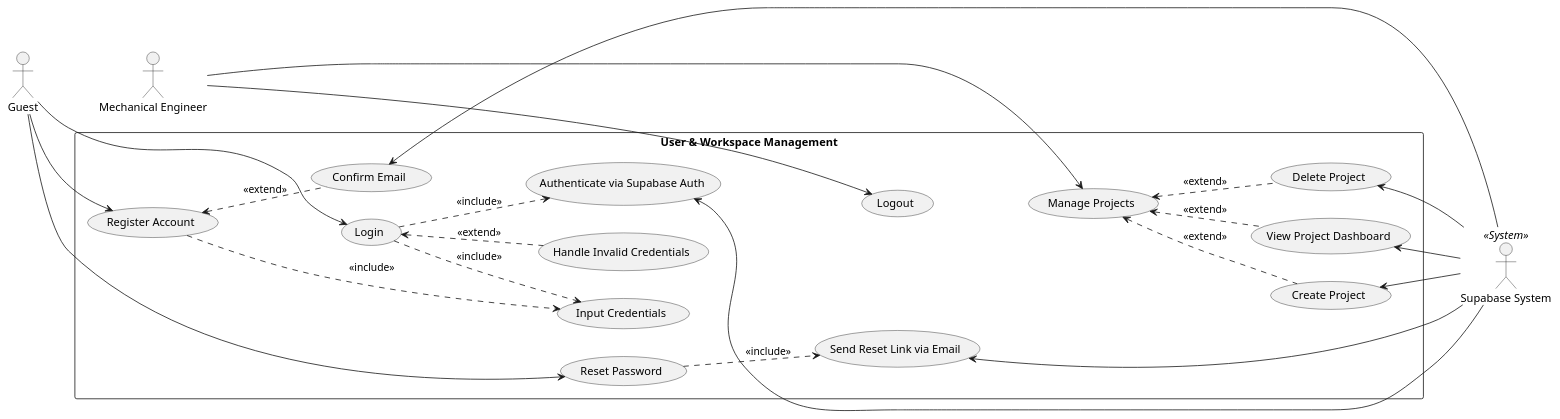
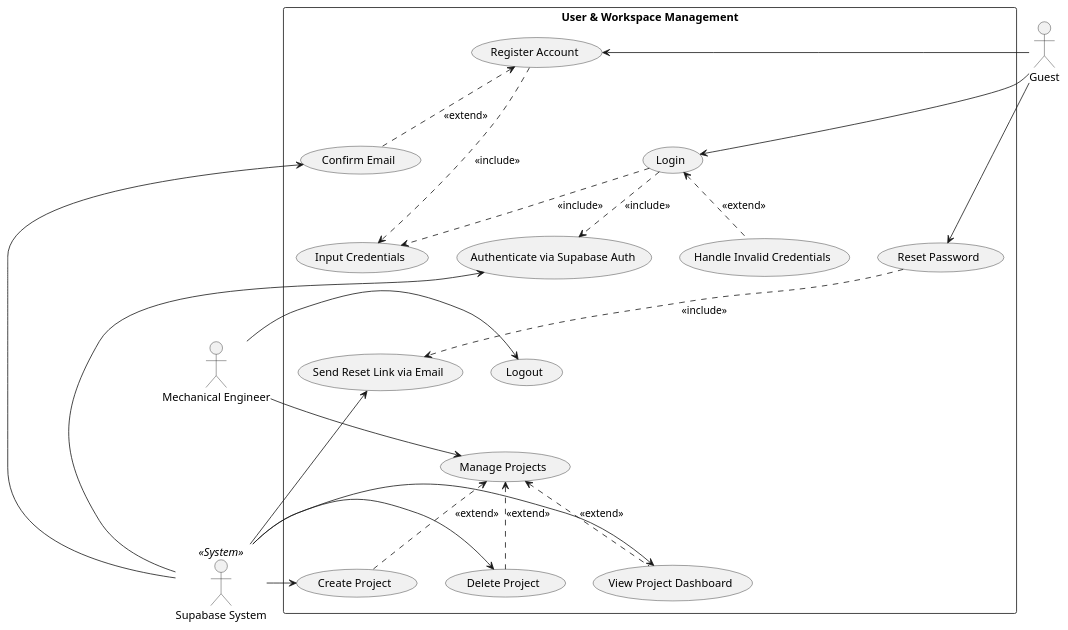
One commit to dvydinh/mechdrive changed the diagram in docs/uml/uc_user.puml. Above: the diagram before and after it, drawn with PlantUML. The commit also changed 5 other files, not shown here.

```diff
--- a/docs/uml/uc_user.puml
+++ b/docs/uml/uc_user.puml
@@ -1,64 +1,62 @@
 @startuml
-left to right direction
 skinparam packageStyle rectangle
 
-together {
-  actor "Guest" as guest
-  actor "Mechanical Engineer" as eng
-}
+actor "Guest" as guest
+actor "Mechanical Engineer" as eng
 actor "Supabase System" as supa << System >>
+
+guest -[hidden]right-> supa
+eng -[hidden]right-> supa
 
 package "User & Workspace Management" {
   usecase "Register Account" as UC1
   usecase "Input Credentials" as UC1_1
   usecase "Confirm Email" as UC1_3
   
   usecase "Login" as UC2
   usecase "Authenticate via Supabase Auth" as UC2_1
   usecase "Handle Invalid Credentials" as UC2_2
   
   usecase "Reset Password" as UC3
   usecase "Send Reset Link via Email" as UC3_1
   
   usecase "Logout" as UC6
   
   usecase "Manage Projects" as UC4
   usecase "Create Project" as UC4_1
   usecase "Delete Project" as UC4_3
   usecase "View Project Dashboard" as UC4_4
 }
 
 UC1 -[hidden]down-> UC2
 UC2 -[hidden]down-> UC3
 UC3 -[hidden]down-> UC6
 UC6 -[hidden]down-> UC4
 
-guest -[hidden]down-> eng
+guest -right-> UC1
+UC1 .down.> UC1_1 : <<include>>
+UC1 <.down. UC1_3 : <<extend>>
 
-guest --> UC1
-UC1 ..> UC1_1 : <<include>>
-UC1 <.. UC1_3 : <<extend>>
+guest -right-> UC2
+UC2 .down.> UC1_1 : <<include>>
+UC2 .down.> UC2_1 : <<include>>
+UC2 <.down. UC2_2 : <<extend>>
 
-guest --> UC2
-UC2 ..> UC1_1 : <<include>>
-UC2 ..> UC2_1 : <<include>>
-UC2 <.. UC2_2 : <<extend>>
+guest -right-> UC3
+UC3 .down.> UC3_1 : <<include>>
 
-guest --> UC3
-UC3 ..> UC3_1 : <<include>>
+eng -right-> UC6
 
-eng --> UC6
+eng -right-> UC4
+UC4 <.down. UC4_1 : <<extend>>
+UC4 <.down. UC4_3 : <<extend>>
+UC4 <.down. UC4_4 : <<extend>>
 
-eng --> UC4
-UC4 <.. UC4_1 : <<extend>>
-UC4 <.. UC4_3 : <<extend>>
-UC4 <.. UC4_4 : <<extend>>
-
-UC1_3 <-- supa
-UC2_1 <-- supa
-UC3_1 <-- supa
-UC4_1 <-- supa
-UC4_3 <-- supa
-UC4_4 <-- supa
+supa -left-> UC1_3
+supa -left-> UC2_1
+supa -left-> UC3_1
+supa -left-> UC4_1
+supa -left-> UC4_3
+supa -left-> UC4_4
 
 @enduml
```
